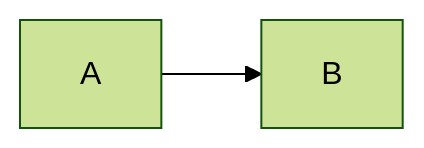
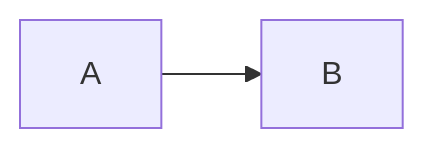
Before and after one commit to jeffatoptics/jeff-minima: the second of 4 diagrams in _posts/2022-04-28-test-katex-with-mermaid.md, drawn with Mermaid. The commit also changed other lines of this file and 1 other file, not shown here.

Commit message:
mermaid update

```diff
--- a/_posts/2022-04-28-test-katex-with-mermaid.md
+++ b/_posts/2022-04-28-test-katex-with-mermaid.md
@@ -73,5 +56,4 @@
 <div class="mermaid">
-%%{init: {'theme':'forest'}}%%
 graph LR;
   A-->B;
 </div>
```
